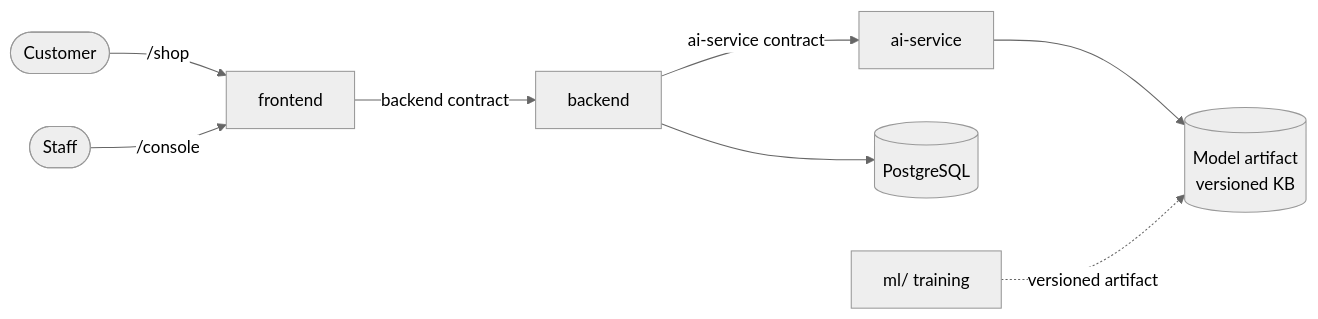
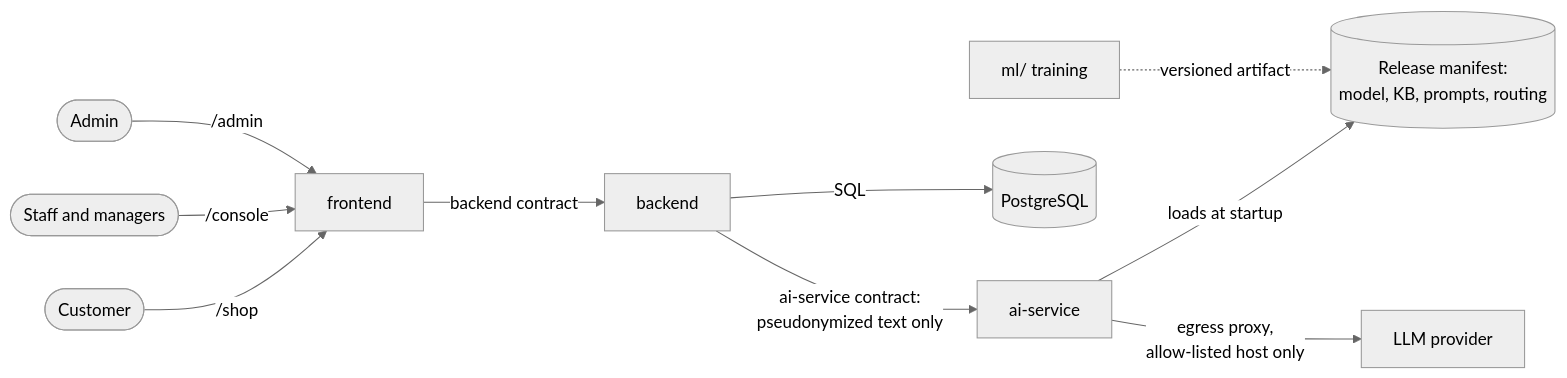
One commit to ml-system-design-nhom-5/SupportIQ changed the first of 2 diagrams in README.md. Above: the diagram before and after it, drawn with Mermaid (neutral theme). The commit also changed other lines of this file and 53 other files, not shown here.

````diff
--- a/README.md
+++ b/README.md
@@ -20,10 +21,12 @@
 ```mermaid
 flowchart LR
     Customer(["Customer"]) -->|"/shop"| FE["frontend"]
-    Staff(["Staff"]) -->|"/console"| FE
+    Staff(["Staff and managers"]) -->|"/console"| FE
+    Admin(["Admin"]) -->|"/admin"| FE
     FE -->|"backend contract"| BE["backend"]
-    BE -->|"ai-service contract"| AI["ai-service"]
-    BE --> DB[("PostgreSQL")]
-    AI --> ART[("Model artifact<br/>versioned KB")]
+    BE -->|"ai-service contract:<br/>pseudonymized text only"| AI["ai-service"]
+    BE -->|"SQL"| DB[("PostgreSQL")]
+    AI -->|"loads at startup"| ART[("Release manifest:<br/>model, KB, prompts, routing")]
+    AI -->|"egress proxy,<br/>allow-listed host only"| LLM["LLM provider"]
     ML["ml/ training"] -.->|"versioned artifact"| ART
 ```
````
